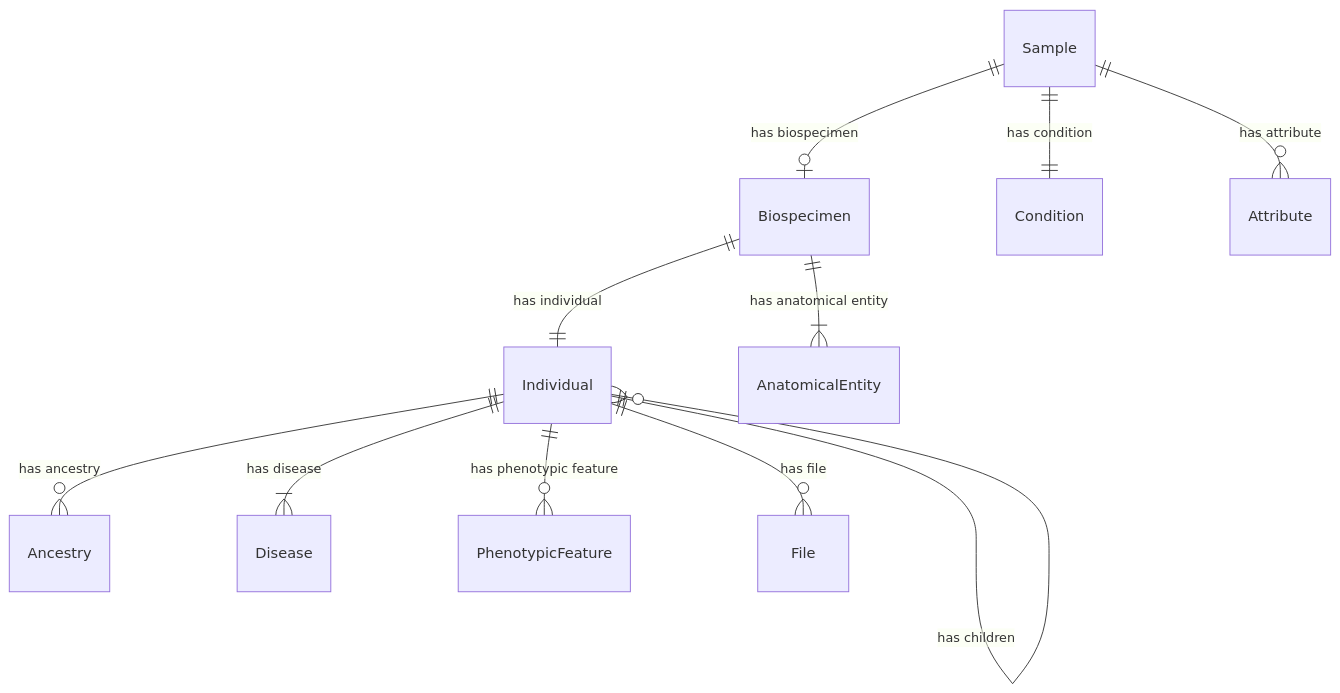
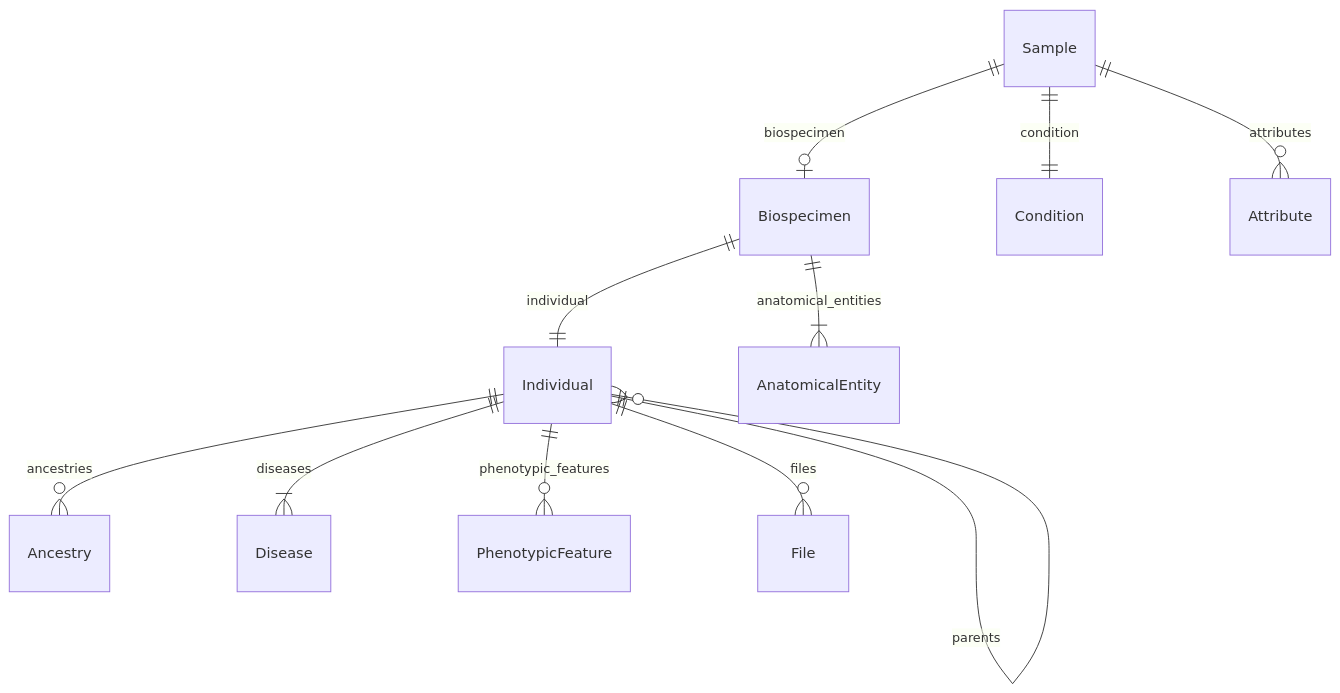
One commit to ghga-de/ghga-metadata-schema changed the second of 7 diagrams in docs/entity_relations.md. Above: the diagram before and after it, drawn with Mermaid. The commit also changed other lines of this file and 590 other files, not shown here.

````diff
--- a/docs/entity_relations.md
+++ b/docs/entity_relations.md
@@ -146,25 +141,24 @@
 ```mermaid
 erDiagram
 Individual {
 
 }
 Biospecimen {
 
 }
 Sample {
 
 }
 
-Individual ||--}o Ancestry : "has ancestry"
-Individual ||--}o Individual : "has parent"
-Individual ||--}o Individual : "has children"
-Individual ||--}| Disease : "has disease"
-Individual ||--}o PhenotypicFeature : "has phenotypic feature"
-Individual ||--}o File : "has file"
-Biospecimen ||--|| Individual : "has individual"
-Biospecimen ||--}| AnatomicalEntity : "has anatomical entity"
-Sample ||--|o Biospecimen : "has biospecimen"
-Sample ||--|| Condition : "has condition"
-Sample ||--}o Attribute : "has attribute"
+Individual ||--}o Ancestry : "ancestries"
+Individual ||--}o Individual : "parents"
+Individual ||--}| Disease : "diseases"
+Individual ||--}o PhenotypicFeature : "phenotypic_features"
+Individual ||--}o File : "files"
+Biospecimen ||--|| Individual : "individual"
+Biospecimen ||--}| AnatomicalEntity : "anatomical_entities"
+Sample ||--|o Biospecimen : "biospecimen"
+Sample ||--|| Condition : "condition"
+Sample ||--}o Attribute : "attributes"
 
 ```
````
